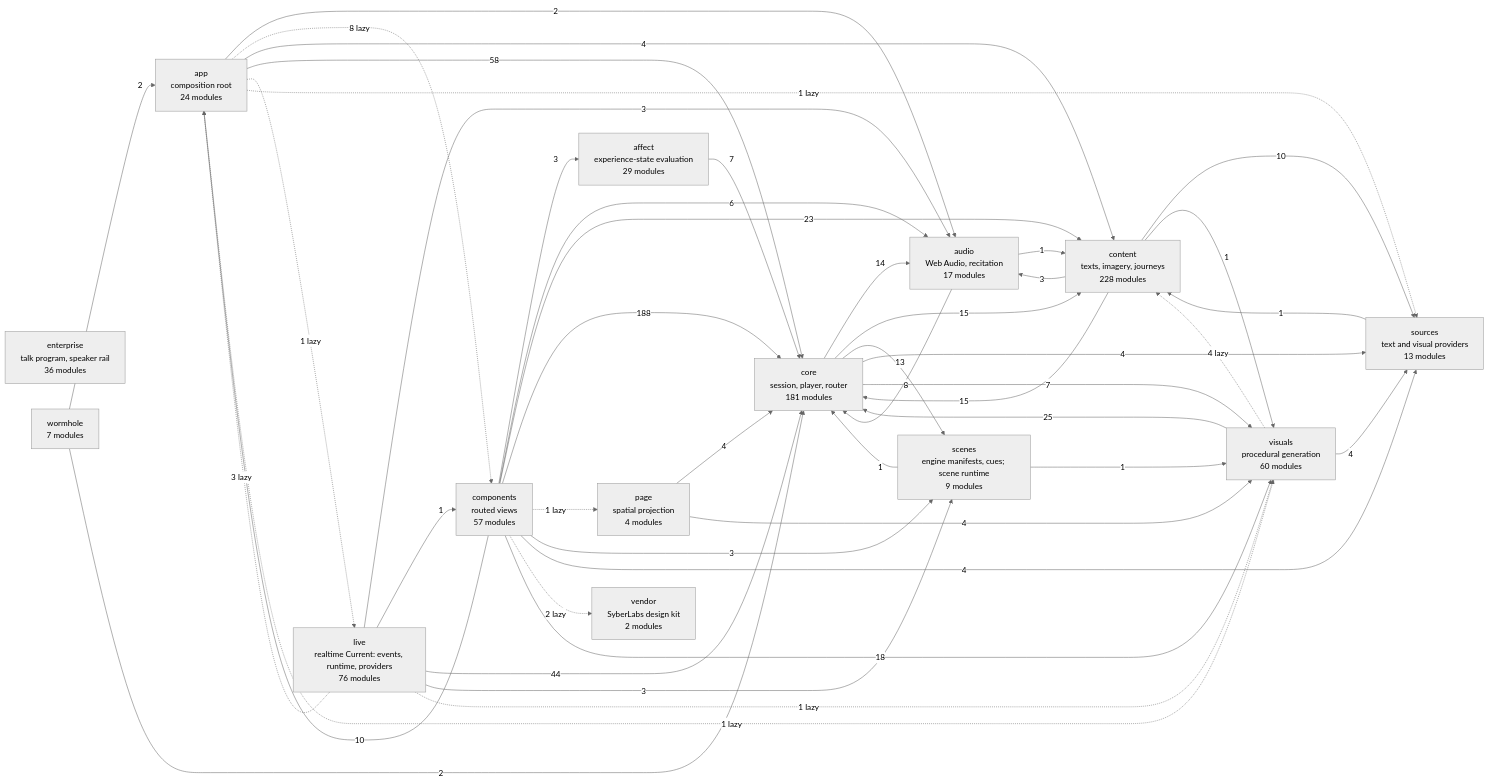
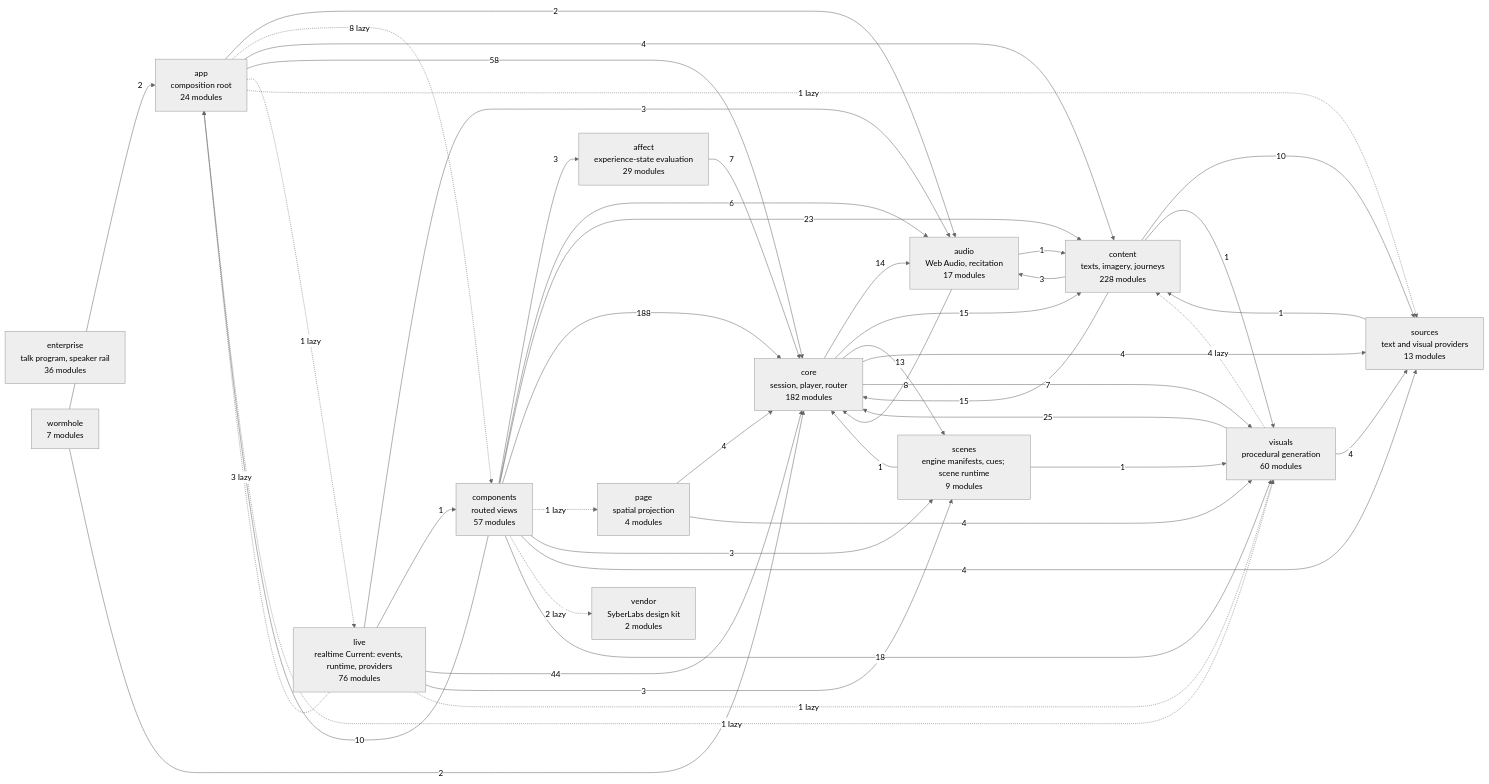
The diagram in docs/specs/ARCHITECTURE.md (SyberLabs/RISE), drawn with Mermaid (neutral theme) before and after one commit. The commit also changed 8 other files, not shown here.

First line of the commit message:
The connector logs one count of each admitted Current's figure problems and picture cadence, and answers exactly as before (#685)

````diff
--- a/docs/specs/ARCHITECTURE.md
+++ b/docs/specs/ARCHITECTURE.md
@@ -161,63 +161,63 @@
 ```mermaid
 flowchart LR
     affect["affect<br/>experience-state evaluation<br/>29 modules"]
     app["app<br/>composition root<br/>24 modules"]
     audio["audio<br/>Web Audio, recitation<br/>17 modules"]
     components["components<br/>routed views<br/>57 modules"]
     content["content<br/>texts, imagery, journeys<br/>228 modules"]
-    core["core<br/>session, player, router<br/>181 modules"]
+    core["core<br/>session, player, router<br/>182 modules"]
     enterprise["enterprise<br/>talk program, speaker rail<br/>36 modules"]
     live["live<br/>realtime Current: events, runtime, providers<br/>76 modules"]
     page["page<br/>spatial projection<br/>4 modules"]
     scenes["scenes<br/>engine manifests, cues; scene runtime<br/>9 modules"]
     sources["sources<br/>text and visual providers<br/>13 modules"]
     vendor["vendor<br/>SyberLabs design kit<br/>2 modules"]
     visuals["visuals<br/>procedural generation<br/>60 modules"]
     wormhole["wormhole<br/>7 modules"]
 
     affect --> |7| core
     app --> |2| audio
     app -.-> |8 lazy| components
     app --> |4| content
     app --> |58| core
     app -.-> |1 lazy| live
     app -.-> |1 lazy| sources
     app -.-> |1 lazy| visuals
     audio --> |1| content
     audio --> |8| core
     components --> |3| affect
     components --> |10| app
     components --> |6| audio
     components --> |23| content
     components --> |188| core
     components -.-> |1 lazy| page
     components --> |3| scenes
     components --> |4| sources
     components -.-> |2 lazy| vendor
     components --> |18| visuals
     content --> |3| audio
     content --> |15| core
     content --> |10| sources
     content --> |1| visuals
     core --> |14| audio
     core --> |15| content
     core --> |13| scenes
     core --> |4| sources
     core --> |7| visuals
     live -.-> |3 lazy| app
     live --> |3| audio
     live --> |1| components
     live --> |44| core
     live --> |3| scenes
     live -.-> |1 lazy| visuals
     page --> |4| core
     page --> |4| visuals
     scenes --> |1| core
     scenes --> |1| visuals
     sources --> |1| content
     visuals -.-> |4 lazy| content
     visuals --> |25| core
     visuals --> |4| sources
     wormhole --> |2| app
     wormhole --> |2| core
 ```
````
